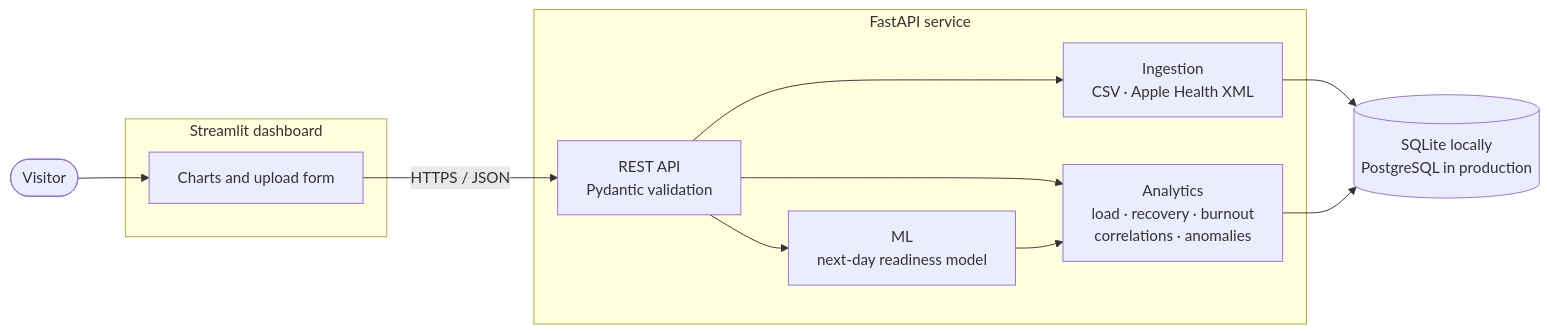
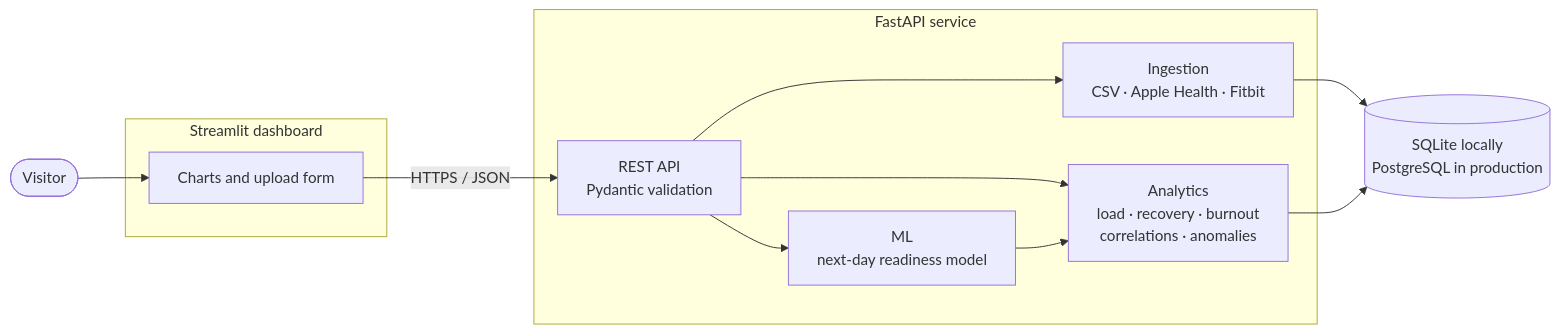
The diagram in README.md (Malak371/health-aggregator), drawn with Mermaid before and after one commit. The commit also changed other lines of this file and 3 other files, not shown here.

````diff
--- a/README.md
+++ b/README.md
@@ -33,23 +33,23 @@
 ```mermaid
 flowchart LR
     user([Visitor]) --> ui
 
     subgraph frontend [Streamlit dashboard]
         ui[Charts and upload form]
     end
 
     subgraph backend [FastAPI service]
         api[REST API<br/>Pydantic validation]
-        ingest[Ingestion<br/>CSV · Apple Health XML]
+        ingest[Ingestion<br/>CSV · Apple Health · Fitbit]
         analytics[Analytics<br/>load · recovery · burnout<br/>correlations · anomalies]
         ml[ML<br/>next-day readiness model]
         api --> ingest
         api --> analytics
         api --> ml
         ml --> analytics
     end
 
     ui -- HTTPS / JSON --> api
     ingest --> db[(SQLite locally<br/>PostgreSQL in production)]
     analytics --> db
 ```
````
